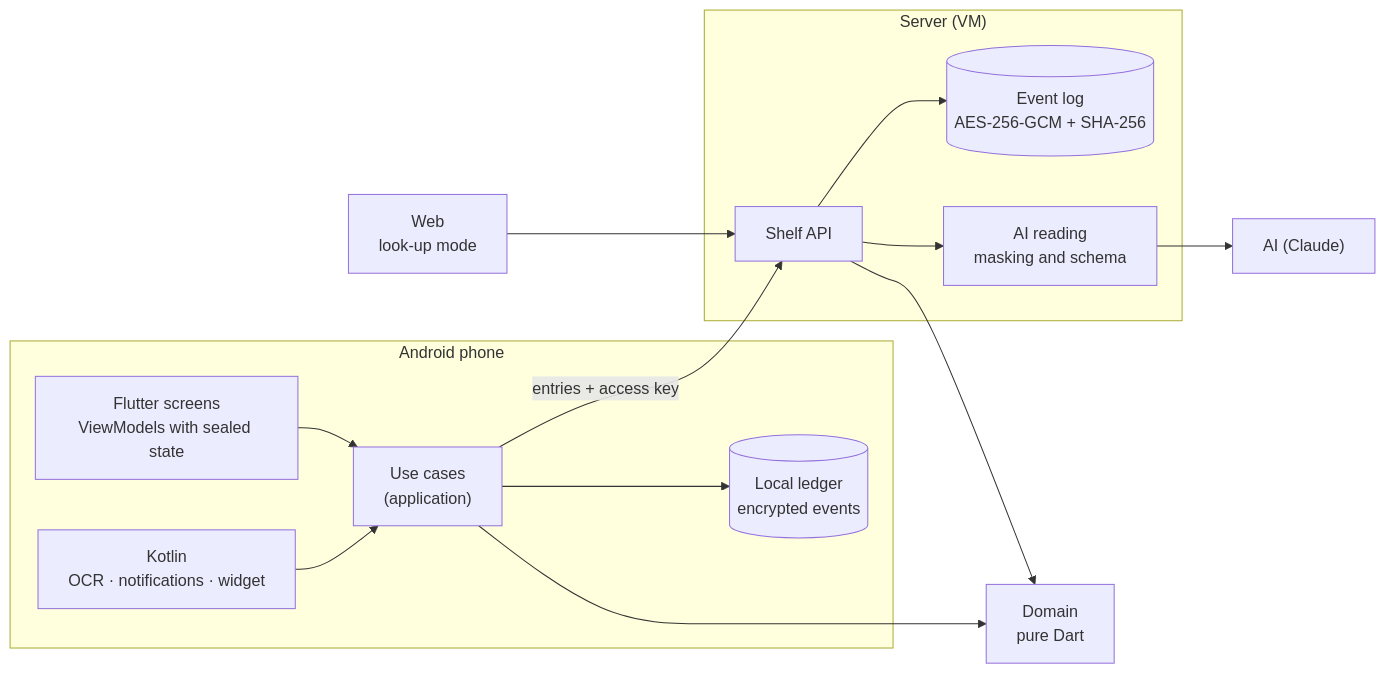
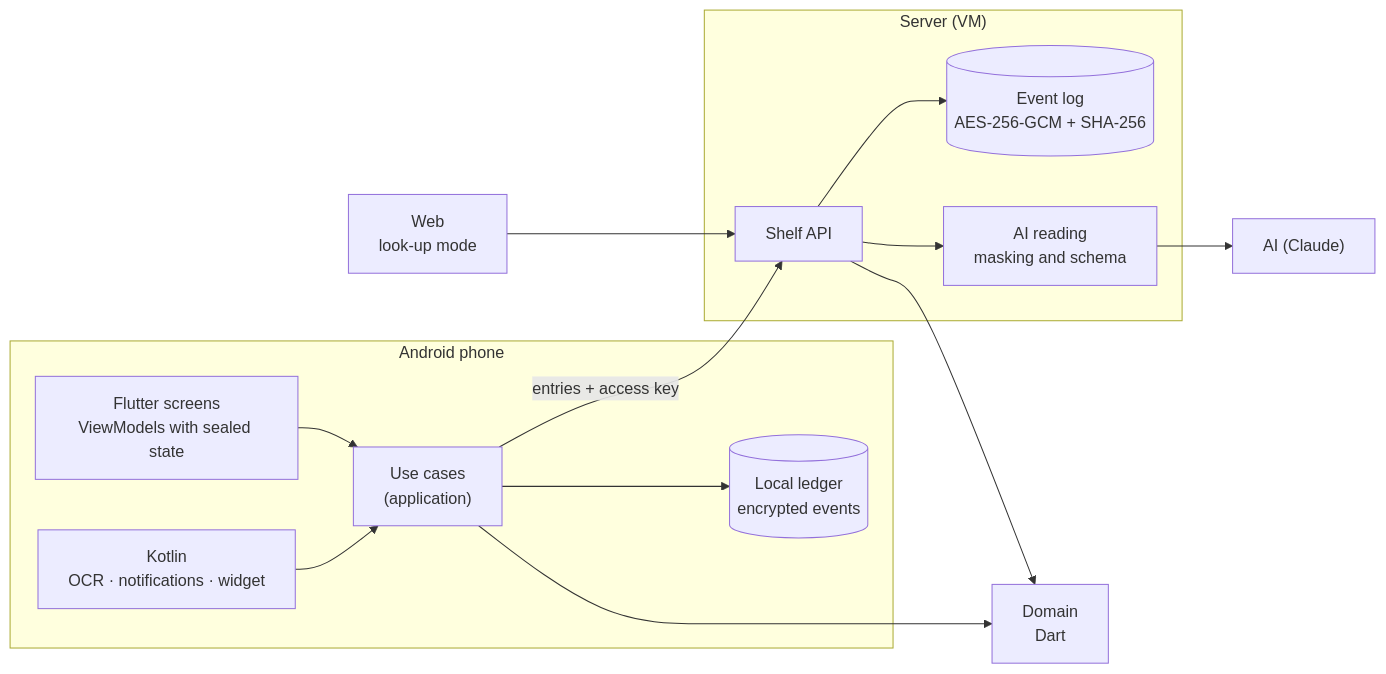
One commit to Marcos-Codfy/finance-cajui changed the first of 2 diagrams in README.en.md. Above: the diagram before and after it, drawn with Mermaid. The commit also changed other lines of this file and 1 other file, not shown here.

Commit message:
docs(readme): plainer wording, clearer statement flow, and no jargon

````diff
--- a/README.en.md
+++ b/README.en.md
@@ -147,26 +142,26 @@
 ```mermaid
 flowchart LR
   subgraph PHONE["Android phone"]
     UI["Flutter screens<br/>ViewModels with sealed state"]
     APP["Use cases<br/>(application)"]
     NAT["Kotlin<br/>OCR · notifications · widget"]
     LOG[("Local ledger<br/>encrypted events")]
   end
-  DOM["Domain<br/>pure Dart"]
+  DOM["Domain<br/>Dart"]
   subgraph VM["Server (VM)"]
     API["Shelf API"]
     STORE[("Event log<br/>AES-256-GCM + SHA-256")]
     AI["AI reading<br/>masking and schema"]
   end
   WEB["Web<br/>look-up mode"]
   DS["AI (Claude)"]
 
   UI --> APP --> DOM
   NAT --> APP
   APP --> LOG
   APP -- "entries + access key" --> API
   WEB --> API
   API --> DOM
   API --> STORE
   API --> AI --> DS
 ```
````
